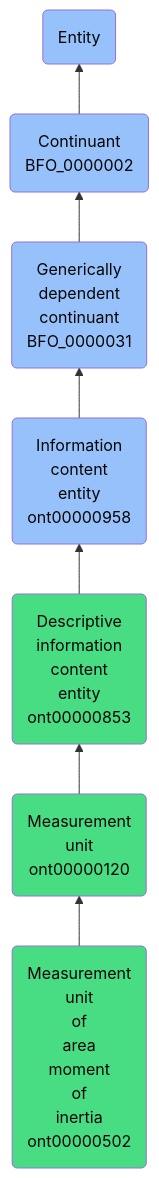
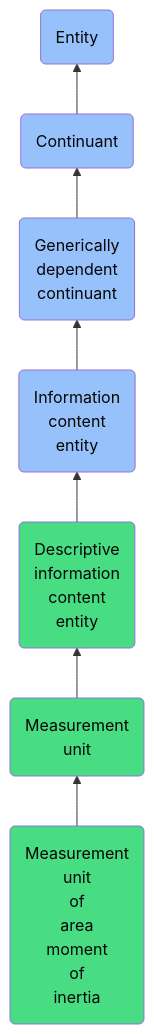
One commit to jupyter-naas/abi changed the diagram in docs/ontology/reference/model/Entity/Continuant/Generically dependent continuant/Information content entity/Descriptive information content entity/Measurement unit/Measurement unit of area moment of inertia/Measurement unit of area moment of inertia.md. Above: the diagram before and after it, drawn with Mermaid. The commit also changed other lines of this file and 1430 other files, not shown here.

````diff
--- a/docs/ontology/reference/model/Entity/Continuant/Generically dependent continuant/Information content entity/Descriptive information content entity/Measurement unit/Measurement unit of area moment of inertia/Measurement unit of area moment of inertia.md
+++ b/docs/ontology/reference/model/Entity/Continuant/Generically dependent continuant/Information content entity/Descriptive information content entity/Measurement unit/Measurement unit of area moment of inertia/Measurement unit of area moment of inertia.md
@@ -24,14 +24,14 @@
 ```mermaid
 graph BT
-    ont00000502(Measurement<br>unit<br>of<br>area<br>moment<br>of<br>inertia<br>ont00000502):::ABI-->ont00000120
-    ont00000120(Measurement<br>unit<br>ont00000120):::ABI-->ont00000853
-    ont00000853(Descriptive<br>information<br>content<br>entity<br>ont00000853):::ABI-->ont00000958
-    ont00000958(Information<br>content<br>entity<br>ont00000958):::BFO-->BFO_0000031
-    BFO_0000031(Generically<br>dependent<br>continuant<br>BFO_0000031):::BFO-->BFO_0000002
-    BFO_0000002(Continuant<br>BFO_0000002):::BFO-->BFO_0000001
+    ont00000502(Measurement<br>unit<br>of<br>area<br>moment<br>of<br>inertia):::ABI-->ont00000120
+    ont00000120(Measurement<br>unit):::ABI-->ont00000853
+    ont00000853(Descriptive<br>information<br>content<br>entity):::ABI-->ont00000958
+    ont00000958(Information<br>content<br>entity):::BFO-->BFO_0000031
+    BFO_0000031(Generically<br>dependent<br>continuant):::BFO-->BFO_0000002
+    BFO_0000002(Continuant):::BFO-->BFO_0000001
     BFO_0000001(Entity):::BFO
     
     classDef BFO fill:#97c1fb,color:#060606
     classDef CCO fill:#e4c51e,color:#060606
     classDef ABI fill:#48DD82,color:#060606
 ```
````
